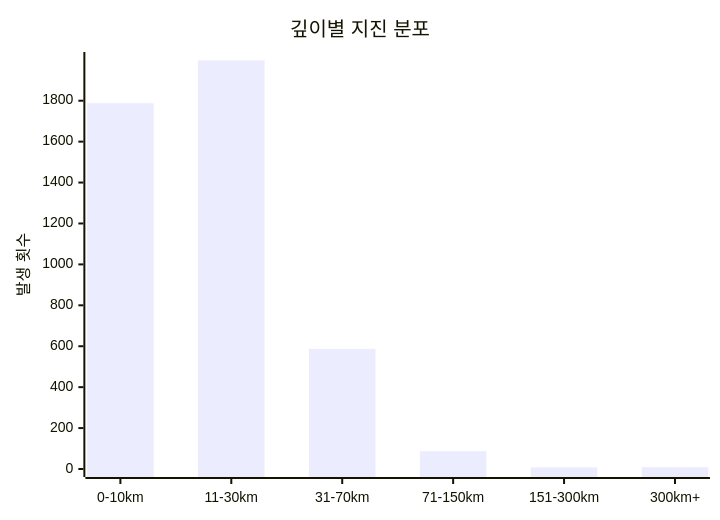
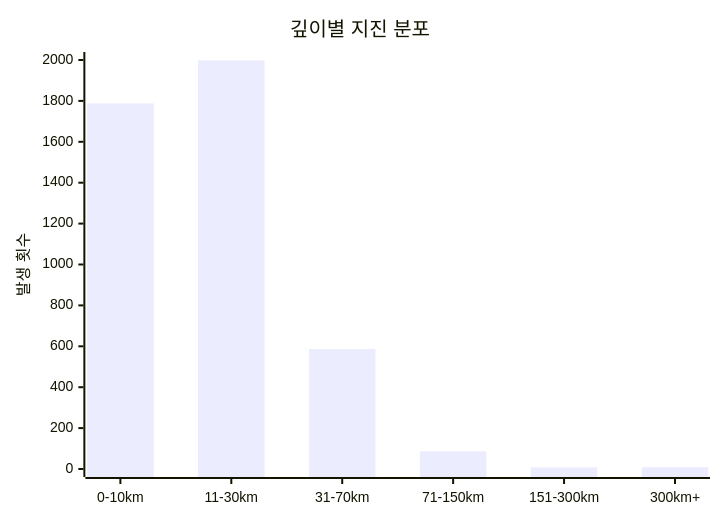
The diagram in charts/depth-chart.md (serendip811/japan-eq), drawn with Mermaid before and after one commit. The commit also changed other lines of this file and 5 other files, not shown here.

Commit message:
Update earthquake data and charts Thu Jul  2 11:31:25 UTC 2026

````diff
--- a/charts/depth-chart.md
+++ b/charts/depth-chart.md
@@ -3,7 +3,7 @@
 ```mermaid
 xychart-beta
     title "깊이별 지진 분포"
     x-axis ["0-10km", "11-30km", "31-70km", "71-150km", "151-300km", "300km+"]
-    y-axis "발생 횟수" 0 --> 1999
-    bar [1788, 1997, 587, 87, 8, 9]
+    y-axis "발생 횟수" 0 --> 2000
+    bar [1788, 1998, 587, 87, 8, 9]
 ```
````
